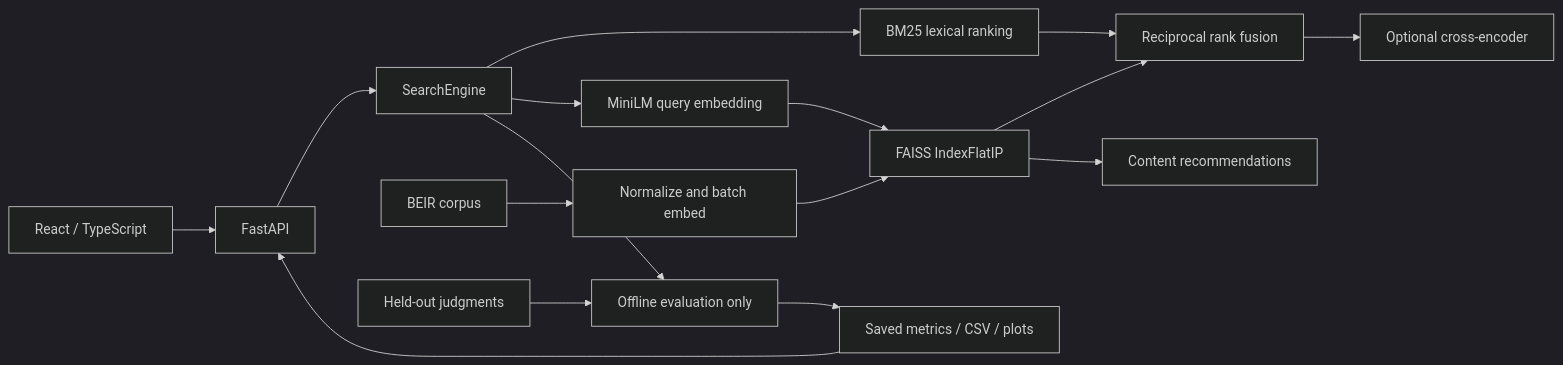
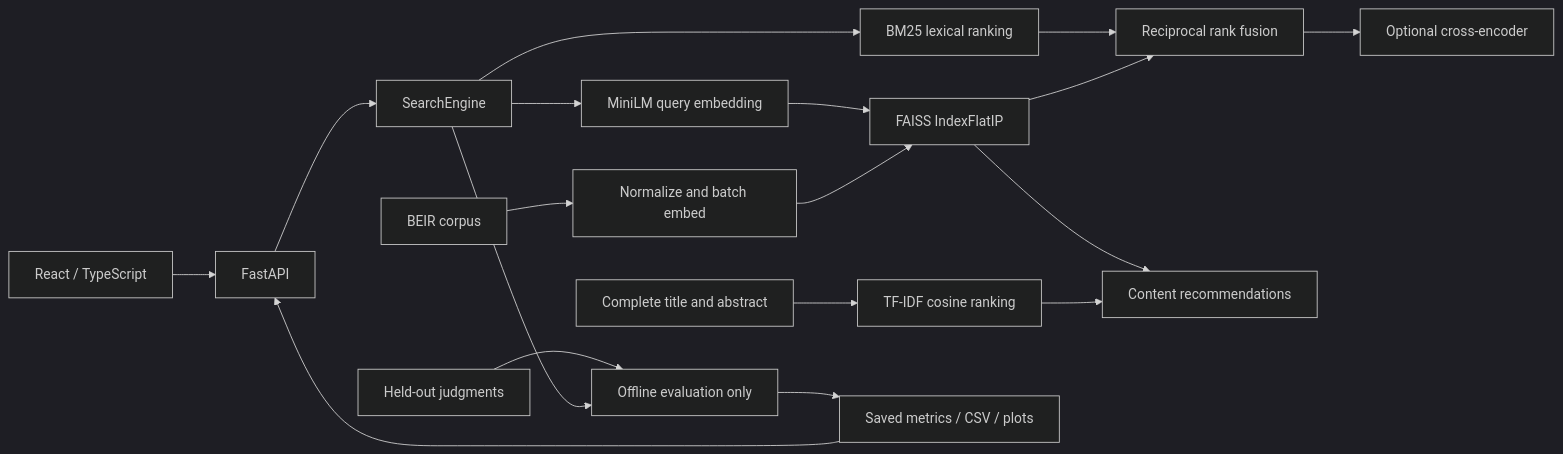
Before and after one commit to singusathwik/ScholarMind-AI: the diagram in docs/ARCHITECTURE.md, drawn with Mermaid (dark theme). The commit also changed other lines of this file and 36 other files, not shown here.

````diff
--- a/docs/ARCHITECTURE.md
+++ b/docs/ARCHITECTURE.md
@@ -3,18 +3,20 @@
 ```mermaid
 flowchart LR
   UI[React / TypeScript] --> API[FastAPI]
   API --> Search[SearchEngine]
   Search --> BM25[BM25 lexical ranking]
   Search --> Encoder[MiniLM query embedding]
   Encoder --> FAISS[FAISS IndexFlatIP]
   BM25 --> RRF[Reciprocal rank fusion]
   FAISS --> RRF
   RRF --> CE[Optional cross-encoder]
   FAISS --> Related[Content recommendations]
+  Text[Complete title and abstract] --> TFIDF[TF-IDF cosine ranking]
+  TFIDF --> Related
   Data[BEIR corpus] --> Build[Normalize and batch embed]
   Build --> FAISS
   Qrels[Held-out judgments] --> Eval[Offline evaluation only]
   Search --> Eval
   Eval --> JSON[Saved metrics / CSV / plots]
   JSON --> API
 ```
````
